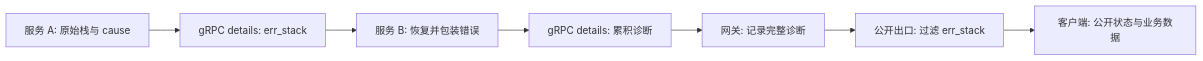
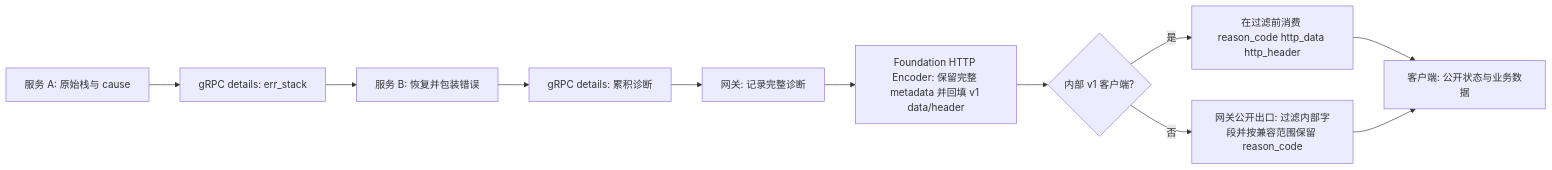
Before and after one commit to jaggerzhuang1994/kratos-foundation: the second of 2 diagrams in pkg/errors/README.md, drawn with Mermaid. The commit also changed other lines of this file and 17 other files, not shown here.

````diff
--- a/pkg/errors/README.md
+++ b/pkg/errors/README.md
@@ -129,9 +134,13 @@
 ```mermaid
 flowchart LR
  A[服务 A: 原始栈与 cause] --> B[gRPC details: err_stack]
  B --> C[服务 B: 恢复并包装错误]
  C --> D[gRPC details: 累积诊断]
  D --> E[网关: 记录完整诊断]
- E --> F[公开出口: 过滤 err_stack]
+ E --> H[Foundation HTTP Encoder: 保留完整 metadata 并回填 v1 data/header]
+ H --> I{内部 v1 客户端?}
+ I -- 是 --> J[在过滤前消费 reason_code http_data http_header]
+ I -- 否 --> F[网关公开出口: 过滤内部字段并按兼容范围保留 reason_code]
+ J --> G
  F --> G[客户端: 公开状态与业务数据]
 ```
````
